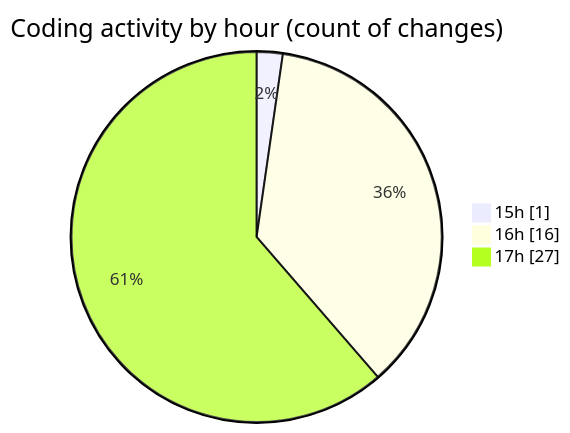
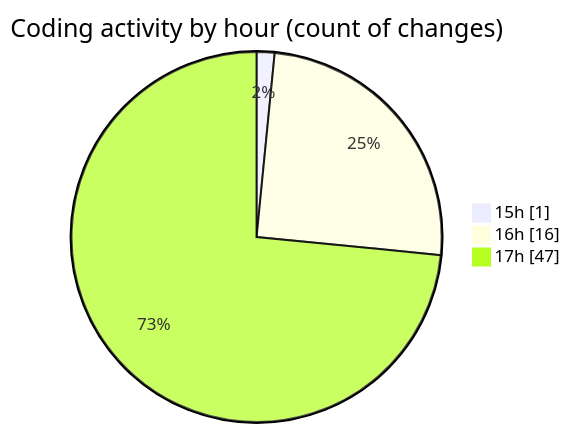
The second of 2 diagrams in 2025-10-14/untitled__workspace_/README.md (debugP/code-tracking), drawn with Mermaid before and after one commit. The commit also changed other lines of this file and 1 other file, not shown here.

````diff
--- a/2025-10-14/untitled__workspace_/README.md
+++ b/2025-10-14/untitled__workspace_/README.md
@@ -28,7 +28,7 @@
 ```mermaid
 pie showData
 title Coding activity by hour (count of changes)
 "15h" : 1
 "16h" : 16
-"17h" : 27
+"17h" : 47
 ```
````
